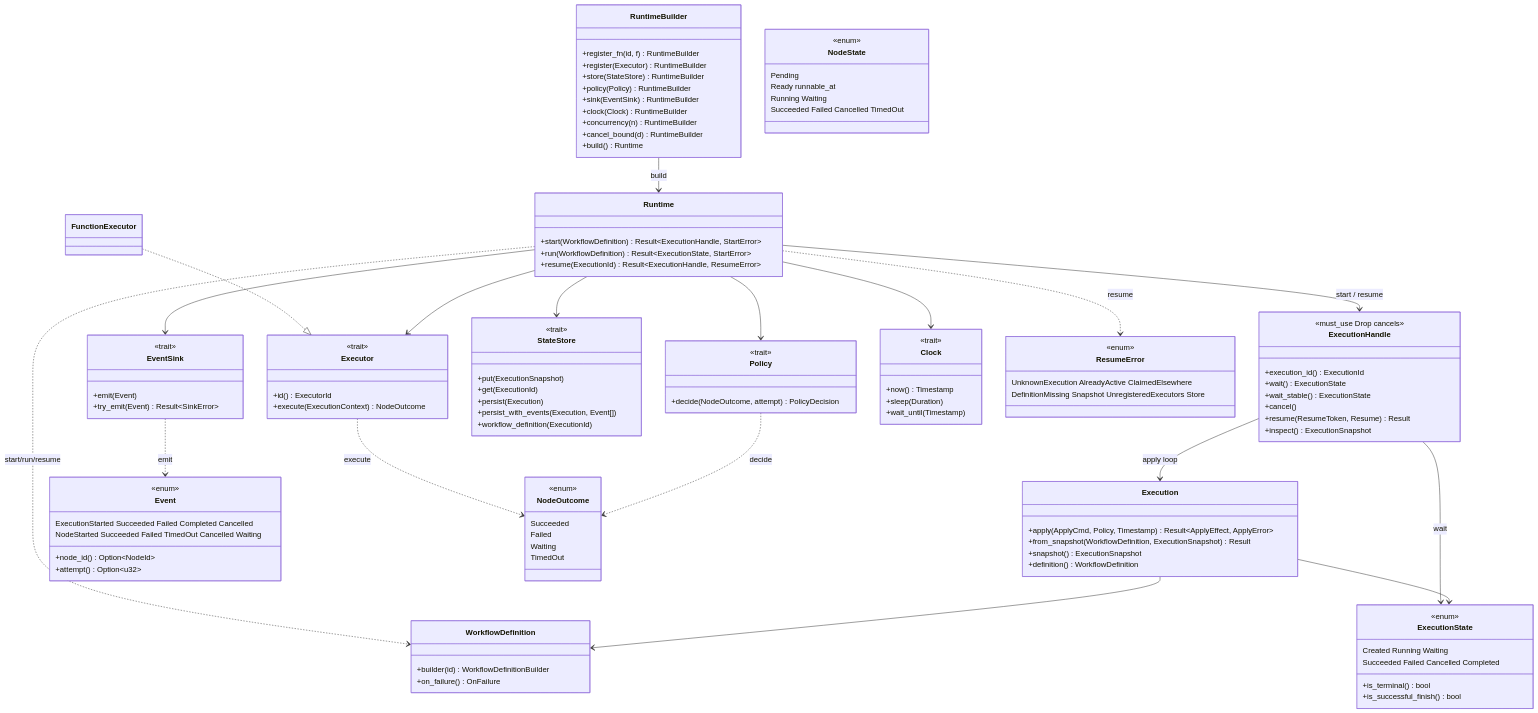
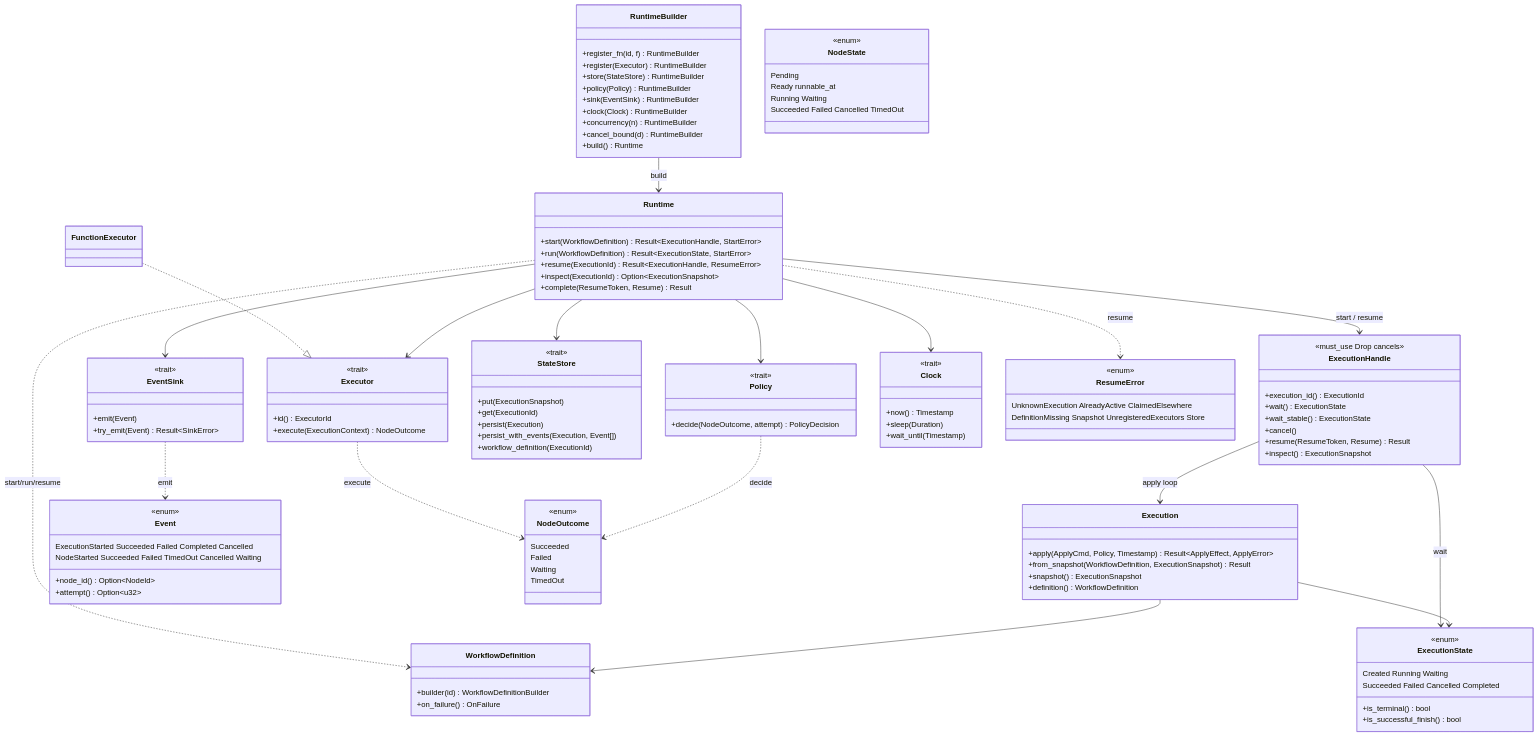
The fifth of 5 diagrams in docs/ARCHITECTURE.md (nessalabs/keel-rt), drawn with Mermaid before and after one commit. The commit also changed other lines of this file and 15 other files, not shown here.

First line of the commit message:
sdk/inspect: KeelClient inspect then complete unblocks wait

```diff
--- a/docs/ARCHITECTURE.md
+++ b/docs/ARCHITECTURE.md
@@ -190,6 +219,8 @@
     +start(WorkflowDefinition) Result~ExecutionHandle, StartError~
     +run(WorkflowDefinition) Result~ExecutionState, StartError~
     +resume(ExecutionId) Result~ExecutionHandle, ResumeError~
+    +inspect(ExecutionId) Option~ExecutionSnapshot~
+    +complete(ResumeToken, Resume) Result
   }
   class ExecutionHandle {
     <<must_use Drop cancels>>
```
